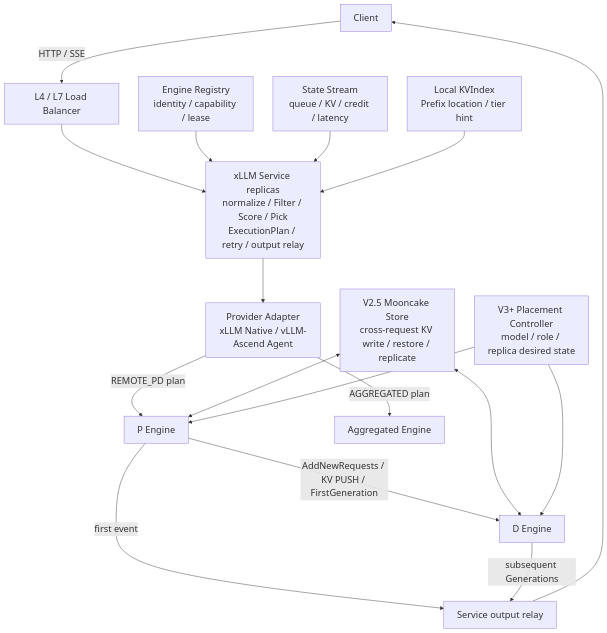
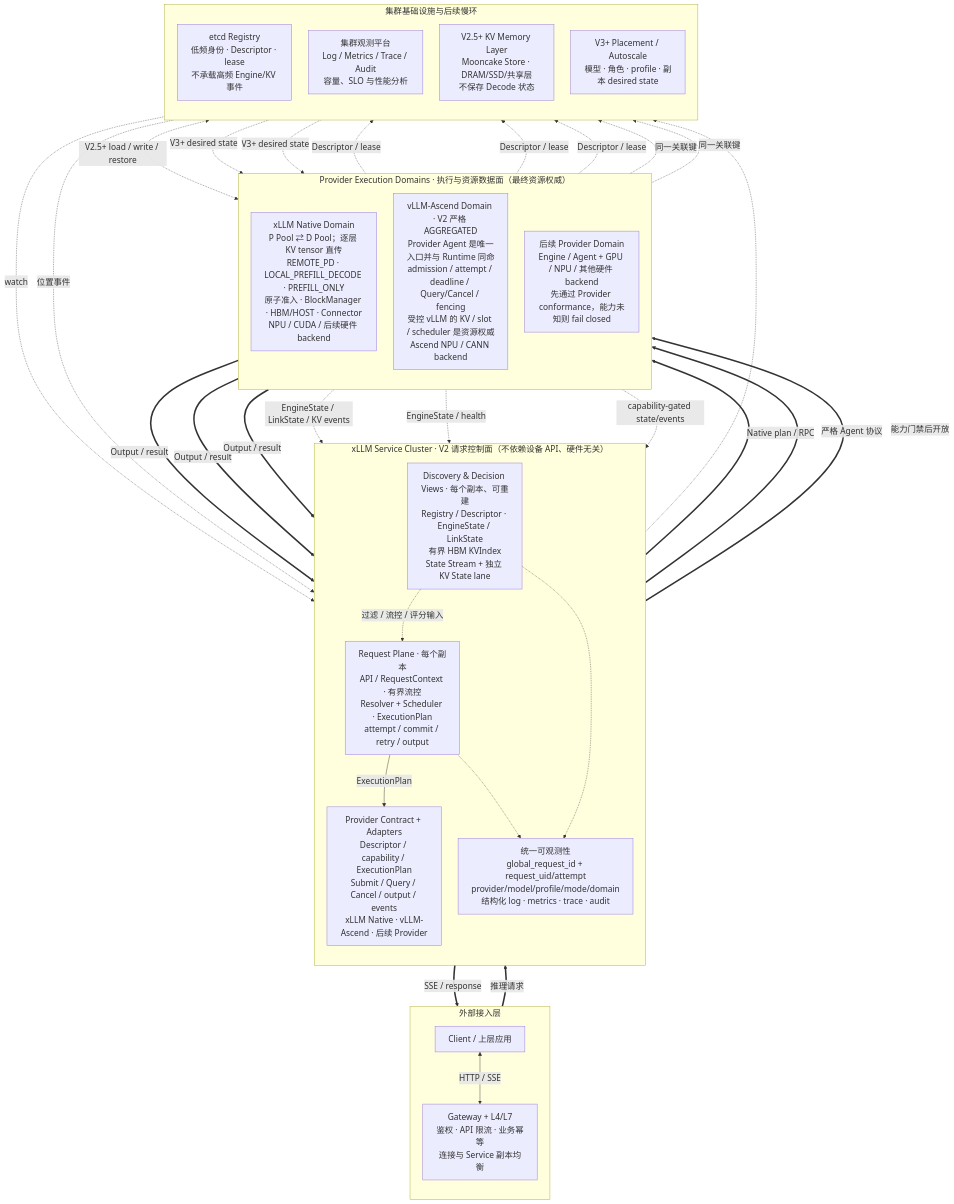
The first of 3 diagrams in docs/design/01_XLLM_SERVICE_ARCHITECTURE_DESIGN.md (aaaseeR/xllm-service), drawn with Mermaid before and after one commit. The commit also changed other lines of this file and 1 other file, not shown here.

Commit message:
docs: add V2 overall architecture view

````diff
--- a/docs/design/01_XLLM_SERVICE_ARCHITECTURE_DESIGN.md
+++ b/docs/design/01_XLLM_SERVICE_ARCHITECTURE_DESIGN.md
@@ -172,23 +176,66 @@
 ```mermaid
-%%{init: {"flowchart": {"useMaxWidth": true, "rankSpacing": 70, "nodeSpacing": 45}, "themeVariables": {"fontSize": "21px"}}}%%
+%%{init: {"flowchart": {"useMaxWidth": true, "rankSpacing": 65, "nodeSpacing": 38}, "themeVariables": {"fontSize": "19px"}}}%%
 flowchart TB
-  C["Client"] -->|"HTTP / SSE"| LB["L4 / L7 Load Balancer"]
-  LB --> S["xLLM Service replicas<br/>normalize / Filter / Score / Pick<br/>ExecutionPlan / retry / output relay"]
+  subgraph ACCESS["外部接入层"]
+    direction TB
+    CLIENT["Client / 上层应用"]
+    GATEWAY["Gateway + L4/L7<br/>鉴权 · API 限流 · 业务幂等<br/>连接与 Service 副本均衡"]
+    CLIENT <-->|"HTTP / SSE"| GATEWAY
+  end
 
-  REG["Engine Registry<br/>identity / capability / lease"] --> S
-  STATE["State Stream<br/>queue / KV / credit / latency"] --> S
-  INDEX["Local KVIndex<br/>Prefix location / tier hint"] --> S
+  subgraph SERVICE["xLLM Service Cluster · V2 请求控制面（不依赖设备 API、硬件无关）"]
+    direction TB
+    CONTROL["Request Plane · 每个副本<br/>API / RequestContext · 有界流控<br/>Resolver + Scheduler · ExecutionPlan<br/>attempt / commit / retry / output"]
+    VIEWS["Discovery & Decision Views · 每个副本、可重建<br/>Registry / Descriptor · EngineState / LinkState<br/>有界 HBM KVIndex<br/>State Stream + 独立 KV State lane"]
+    ADAPTERS["Provider Contract + Adapters<br/>Descriptor / capability / ExecutionPlan<br/>Submit / Query / Cancel / output / events<br/>xLLM Native · vLLM-Ascend · 后续 Provider"]
+    OBS["统一可观测性<br/>global_request_id + request_uid/attempt<br/>provider/model/profile/mode/domain<br/>结构化 log · metrics · trace · audit"]
 
-  S --> A["Provider Adapter<br/>xLLM Native / vLLM-Ascend Agent"]
-  A -->|"REMOTE_PD plan"| P["P Engine"]
-  A -->|"AGGREGATED plan"| E["Aggregated Engine"]
-  P -->|"AddNewRequests / KV PUSH / FirstGeneration"| D["D Engine"]
-  P -->|"first event"| OUT["Service output relay"]
-  D -->|"subsequent Generations"| OUT
-  OUT --> C
+    VIEWS -.->|"过滤 / 流控 / 评分输入"| CONTROL
+    CONTROL -->|"ExecutionPlan"| ADAPTERS
+    CONTROL -.-> OBS
+    VIEWS -.-> OBS
+  end
 
-  STORE["V2.5 Mooncake Store<br/>cross-request KV write / restore / replicate"] <--> P
-  STORE <--> D
-  PLACE["V3+ Placement Controller<br/>model / role / replica desired state"] --> P
-  PLACE --> D
+  subgraph EXECUTION["Provider Execution Domains · 执行与资源数据面（最终资源权威）"]
+    direction TB
+    XDOMAIN["xLLM Native Domain<br/>P Pool ⇄ D Pool；逐层 KV tensor 直传<br/>REMOTE_PD · LOCAL_PREFILL_DECODE · PREFILL_ONLY<br/>原子准入 · BlockManager · HBM/HOST · Connector<br/>NPU / CUDA / 后续硬件 backend"]
+    VDOMAIN["vLLM-Ascend Domain · V2 严格 AGGREGATED<br/>Provider Agent 是唯一入口并与 Runtime 同命<br/>admission / attempt / deadline / Query/Cancel / fencing<br/>受控 vLLM 的 KV / slot / scheduler 是资源权威<br/>Ascend NPU / CANN backend"]
+    FDOMAIN["后续 Provider Domain<br/>Engine / Agent + GPU / NPU / 其他硬件 backend<br/>先通过 Provider conformance，能力未知则 fail closed"]
+  end
+
+  subgraph INFRA["集群基础设施与后续慢环"]
+    direction TB
+    ETCD["etcd Registry<br/>低频身份 · Descriptor · lease<br/>不承载高频 Engine/KV 事件"]
+    TELEMETRY["集群观测平台<br/>Log / Metrics / Trace / Audit<br/>容量、SLO 与性能分析"]
+    STORE["V2.5+ KV Memory Layer<br/>Mooncake Store · DRAM/SSD/共享层<br/>不保存 Decode 状态"]
+    PLACEMENT["V3+ Placement / Autoscale<br/>模型 · 角色 · profile · 副本 desired state"]
+  end
+
+  GATEWAY ==>|"推理请求"| CONTROL
+  CONTROL ==>|"SSE / response"| GATEWAY
+
+  ADAPTERS ==>|"Native plan / RPC"| XDOMAIN
+  XDOMAIN ==>|"Output / result"| ADAPTERS
+  ADAPTERS ==>|"严格 Agent 协议"| VDOMAIN
+  VDOMAIN ==>|"Output / result"| ADAPTERS
+  ADAPTERS ==>|"能力门禁后开放"| FDOMAIN
+  FDOMAIN ==>|"Output / result"| ADAPTERS
+
+  XDOMAIN -.->|"Descriptor / lease"| ETCD
+  VDOMAIN -.->|"Descriptor / lease"| ETCD
+  FDOMAIN -.->|"Descriptor / lease"| ETCD
+  ETCD -.->|"watch"| VIEWS
+
+  XDOMAIN -.->|"EngineState / LinkState / KV events"| VIEWS
+  VDOMAIN -.->|"EngineState / health"| VIEWS
+  FDOMAIN -.->|"capability-gated state/events"| VIEWS
+
+  OBS -.-> TELEMETRY
+  XDOMAIN -.->|"同一关联键"| TELEMETRY
+  VDOMAIN -.->|"同一关联键"| TELEMETRY
+
+  STORE <-.->|"V2.5+ load / write / restore"| XDOMAIN
+  STORE -.->|"位置事件"| VIEWS
+  PLACEMENT -.->|"V3+ desired state"| XDOMAIN
+  PLACEMENT -.->|"V3+ desired state"| VDOMAIN
 ```
````
